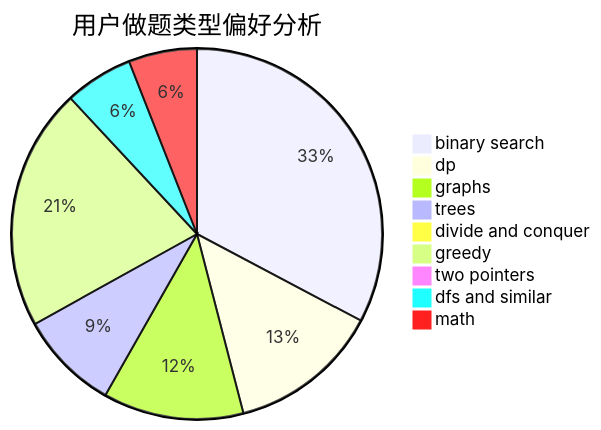
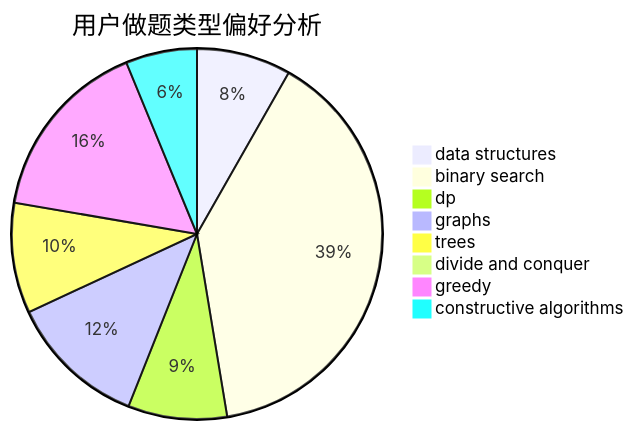
One commit to sherpahu/cfrs.github.io changed the second of 3 diagrams in docs/user/u2152.md. Above: the diagram before and after it, drawn with Mermaid. The commit also changed other lines of this file and 2775 other files, not shown here.

````diff
--- a/docs/user/u2152.md
+++ b/docs/user/u2152.md
@@ -23,12 +23,11 @@
 ```mermaid
 pie title 用户做题类型偏好分析
-    "binary search" :  203
-    "dp" :  82
-    "graphs" :  76
-    "trees" :  54
+    "data structures" :  41
+    "binary search" :  195
+    "dp" :  43
+    "graphs" :  60
+    "trees" :  48
     "divide and conquer" :  0
-    "greedy" :  131
-    "two pointers" :  0
-    "dfs and similar" :  37
-    "math" :  37
+    "greedy" :  80
+    "constructive algorithms" :  31
 ```
````
